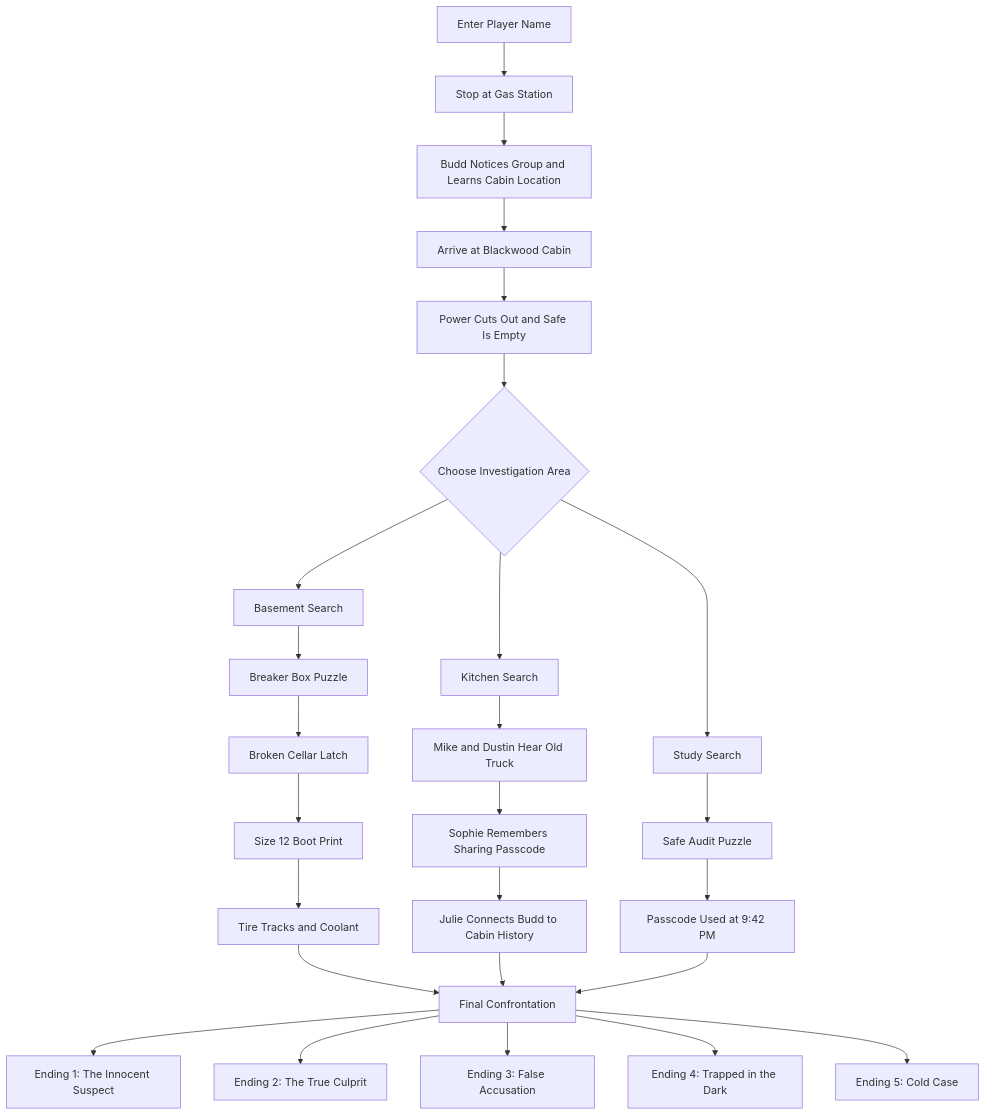
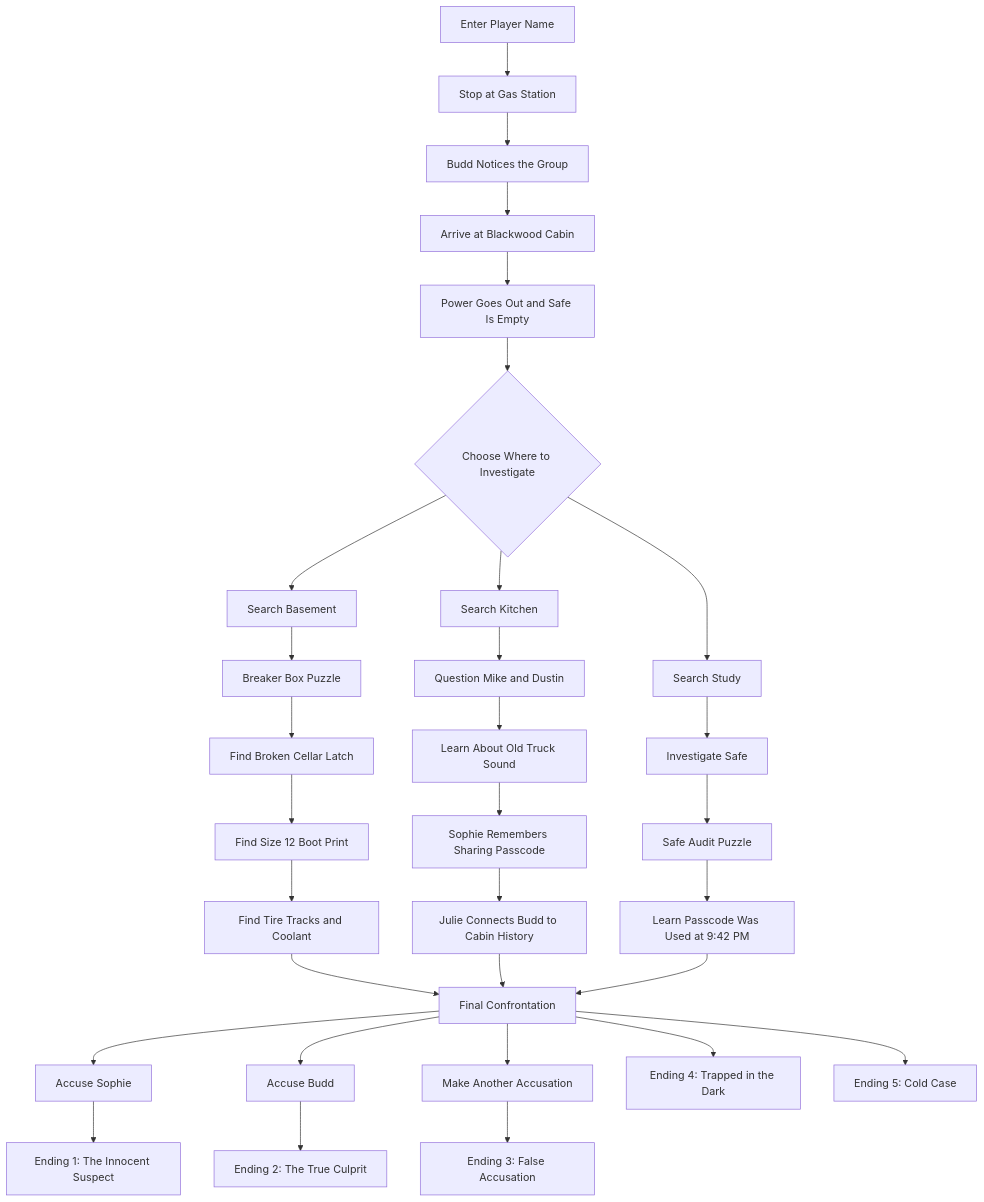
One commit to wakesth7/web115FinalProject26 changed the diagram in README.md. Above: the diagram before and after it, drawn with Mermaid. The commit also changed 2 other files, not shown here.

Commit message:
updated read me with full flow chart and begun working on event listeners and hooks for mystery

````diff
--- a/README.md
+++ b/README.md
@@ -27,34 +27,41 @@
 ```mermaid
 flowchart TD
     A[Enter Player Name] --> B[Stop at Gas Station]
-    B --> C[Budd Notices Group and Learns Cabin Location]
+    B --> C[Budd Notices the Group]
     C --> D[Arrive at Blackwood Cabin]
-    D --> E[Power Cuts Out and Safe Is Empty]
-    E --> F{Choose Investigation Area}
+    D --> E[Power Goes Out and Safe Is Empty]
+    E --> F{Choose Where to Investigate}
 
-    F --> G[Basement Search]
-    F --> L[Kitchen Search]
-    F --> P[Study Search]
+    F --> G[Search Basement]
+    F --> H[Search Kitchen]
+    F --> I[Search Study]
 
-    G --> H[Breaker Box Puzzle]
-    H --> I[Broken Cellar Latch]
-    I --> J[Size 12 Boot Print]
-    J --> K[Tire Tracks and Coolant]
+    G --> J[Breaker Box Puzzle]
+    J --> K[Find Broken Cellar Latch]
+    K --> L[Find Size 12 Boot Print]
+    L --> M[Find Tire Tracks and Coolant]
 
-    L --> M[Mike and Dustin Hear Old Truck]
-    M --> N[Sophie Remembers Sharing Passcode]
-    N --> O[Julie Connects Budd to Cabin History]
+    H --> N[Question Mike and Dustin]
+    N --> O[Learn About Old Truck Sound]
+    O --> P[Sophie Remembers Sharing Passcode]
+    P --> Q[Julie Connects Budd to Cabin History]
 
-    P --> Q[Safe Audit Puzzle]
-    Q --> R[Passcode Used at 9:42 PM]
+    I --> R[Investigate Safe]
+    R --> S[Safe Audit Puzzle]
+    S --> T[Learn Passcode Was Used at 9:42 PM]
 
-    K --> S[Final Confrontation]
-    O --> S
-    R --> S
+    M --> U[Final Confrontation]
+    Q --> U
+    T --> U
 
-    S --> T[Ending 1: The Innocent Suspect]
-    S --> U[Ending 2: The True Culprit]
-    S --> V[Ending 3: False Accusation]
-    S --> W[Ending 4: Trapped in the Dark]
-    S --> X[Ending 5: Cold Case]
+    U --> V[Accuse Sophie]
+    U --> W[Accuse Budd]
+    U --> X[Make Another Accusation]
+
+    V --> Y[Ending 1: The Innocent Suspect]
+    W --> Z[Ending 2: The True Culprit]
+    X --> AA[Ending 3: False Accusation]
+
+    U --> AB[Ending 4: Trapped in the Dark]
+    U --> AC[Ending 5: Cold Case]
 ```
````
